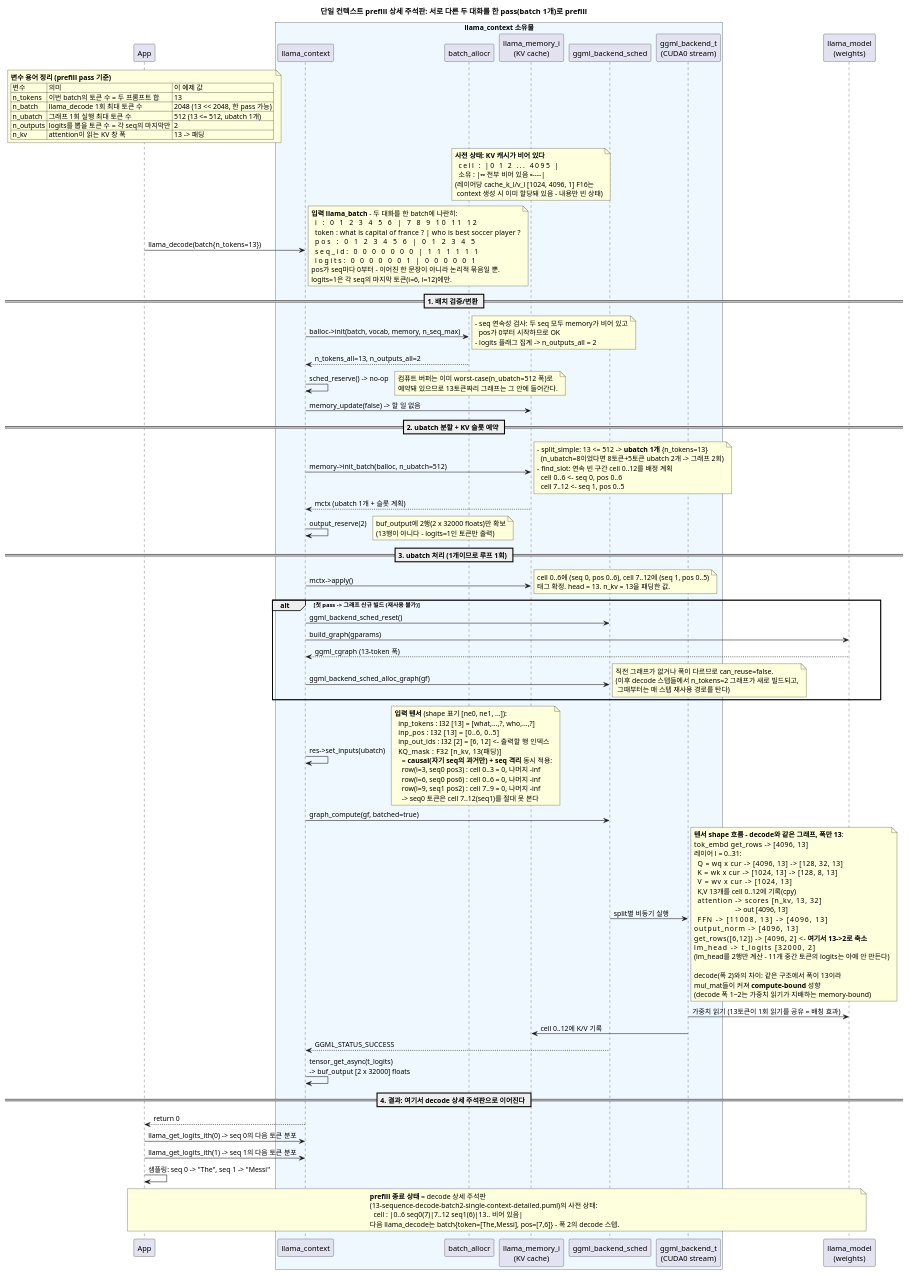
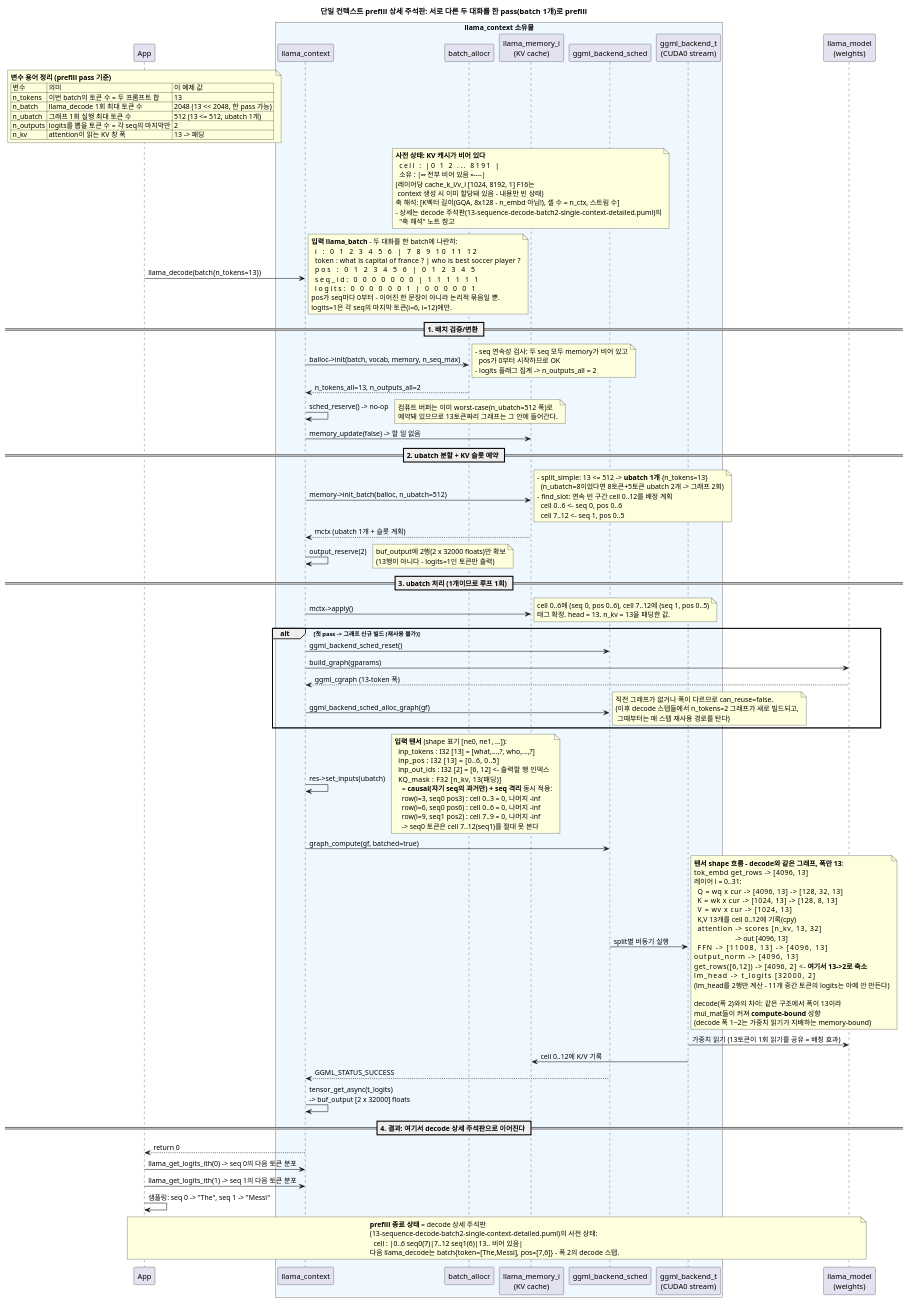
One commit to froginaz/llama.cpp changed the diagram in docs/my_doc/13-sequence-prefill-2seq-single-context-detailed.puml. Above: the diagram before and after it, drawn with PlantUML. The commit also changed 1 other file, not shown here.

Commit message:
[DOC] disambiguate KV cache axes, use n_ctx=8192 in deep-dive diagrams

```diff
--- a/docs/my_doc/13-sequence-prefill-2seq-single-context-detailed.puml
+++ b/docs/my_doc/13-sequence-prefill-2seq-single-context-detailed.puml
@@ -1,157 +1,161 @@
 @startuml
 title 단일 컨텍스트 prefill 상세 주석판: 서로 다른 두 대화를 한 pass(batch 1개)로 prefill
 
 ' ============================================================
 ' 예제 설정 (2장 예제, decode 상세 주석판의 "이전 단계"):
 '   seq 0 = "what is capital of france?" (7토큰, pos 0..6)  <- 아직 KV 없음
 '   seq 1 = "who is best soccer player?" (6토큰, pos 0..5)  <- 아직 KV 없음
 '   이번 pass: 두 프롬프트 13토큰을 llama_decode 1회로 prefill
 '   (llama-parallel/llama-server가 동시 요청 2개를 이렇게 배칭한다)
 ' 가정한 모델/설정 (decode 주석판과 동일):
 '   n_embd=4096, n_layer=32, n_head=32, n_head_kv=8, d_head=128
 '   n_embd_k_gqa = n_embd_v_gqa = 1024, n_vocab=32000
-'   n_ctx=4096, kv_unified=true (n_stream=1), n_seq_max=2
+'   n_ctx=8192, kv_unified=true (n_stream=1), n_seq_max=2
+'   (n_ctx를 8192로 잡아 n_embd(4096)와 값이 겹치지 않게 함)
 '   n_batch=2048, n_ubatch=512, KV 타입 F16
 ' ============================================================
 
 participant App
 box "llama_context 소유물" #F0F8FF
   participant "llama_context" as C
   participant "batch_allocr" as BA
   participant "llama_memory_i\n(KV cache)" as KV
   participant "ggml_backend_sched" as S
   participant "ggml_backend_t\n(CUDA0 stream)" as B
 end box
 participant "llama_model\n(weights)" as M
 
 note over App
   **변수 용어 정리 (prefill pass 기준)**
   | 변수 | 의미 | 이 예제 값 |
   | n_tokens | 이번 batch의 토큰 수 = 두 프롬프트 합 | 13 |
   | n_batch | llama_decode 1회 최대 토큰 수 | 2048 (13 << 2048, 한 pass 가능) |
   | n_ubatch | 그래프 1회 실행 최대 토큰 수 | 512 (13 <= 512, ubatch 1개) |
   | n_outputs | logits를 뽑을 토큰 수 = 각 seq의 마지막만 | 2 |
   | n_kv | attention이 읽는 KV 창 폭 | 13 -> 패딩 |
 end note
 
 note over KV
   **사전 상태: KV 캐시가 비어 있다**
-    cell : |0 1 2 ... 4095                    |
+    cell : |0 1 2 ... 8191                    |
     소유 : |---------- 전부 비어 있음 ---------|
-  (레이어당 cache_k_l/v_l [1024, 4096, 1] F16는
+  (레이어당 cache_k_l/v_l [1024, 8192, 1] F16는
    context 생성 시 이미 할당돼 있음 - 내용만 빈 상태)
+  축 해석: [K벡터 길이(GQA, 8x128 - n_embd 아님!), 셀 수 = n_ctx, 스트림 수]
+  - 상세는 decode 주석판(13-sequence-decode-batch2-single-context-detailed.puml)의
+    "축 해석" 노트 참고
 end note
 
 App -> C : llama_decode(batch{n_tokens=13})
 note right
   **입력 llama_batch** - 두 대화를 한 batch에 나란히:
     i     : 0    1  2       3  4      5   6 | 7   8  9    10     11     12
     token : what is capital of france ?     | who is best soccer player ?
     pos   : 0    1  2       3  4      5   6 | 0   1  2    3      4      5
     seq_id: 0    0  0       0  0      0   0 | 1   1  1    1      1      1
     logits: 0    0  0       0  0      0   1 | 0   0  0    0      0      1
   pos가 seq마다 0부터 - 이어진 한 문장이 아니라 논리적 묶음일 뿐.
   logits=1은 각 seq의 마지막 토큰(i=6, i=12)에만.
 end note
 
 == 1. 배치 검증/변환 ==
 C -> BA : balloc->init(batch, vocab, memory, n_seq_max)
 note right
   - seq 연속성 검사: 두 seq 모두 memory가 비어 있고
     pos가 0부터 시작하므로 OK
   - logits 플래그 집계 -> n_outputs_all = 2
 end note
 BA --> C : n_tokens_all=13, n_outputs_all=2
 C -> C : sched_reserve() -> no-op
 note right
   컴퓨트 버퍼는 이미 worst-case(n_ubatch=512 폭)로
   예약돼 있으므로 13토큰짜리 그래프는 그 안에 들어간다.
 end note
 C -> KV : memory_update(false) -> 할 일 없음
 
 == 2. ubatch 분할 + KV 슬롯 예약 ==
 C -> KV : memory->init_batch(balloc, n_ubatch=512)
 note right
   - split_simple: 13 <= 512 -> **ubatch 1개** {n_tokens=13}
     (n_ubatch=8이었다면 8토큰+5토큰 ubatch 2개 -> 그래프 2회)
   - find_slot: 연속 빈 구간 cell 0..12를 배정 계획
     cell 0..6  <- seq 0, pos 0..6
     cell 7..12 <- seq 1, pos 0..5
 end note
 KV --> C : mctx (ubatch 1개 + 슬롯 계획)
 C -> C : output_reserve(2)
 note right : buf_output에 2행(2 x 32000 floats)만 확보\n(13행이 아니다 - logits=1인 토큰만 출력)
 
 == 3. ubatch 처리 (1개이므로 루프 1회) ==
 C -> KV : mctx->apply()
 note right
   cell 0..6에 (seq 0, pos 0..6), cell 7..12에 (seq 1, pos 0..5)
   태그 확정. head = 13. n_kv = 13을 패딩한 값.
 end note
 
 alt 첫 pass -> 그래프 신규 빌드 (재사용 불가)
   C -> S : ggml_backend_sched_reset()
   C -> M : build_graph(gparams)
   M --> C : ggml_cgraph (13-token 폭)
   C -> S : ggml_backend_sched_alloc_graph(gf)
   note right
     직전 그래프가 없거나 폭이 다르므로 can_reuse=false.
     (이후 decode 스텝들에서 n_tokens=2 그래프가 새로 빌드되고,
      그때부터는 매 스텝 재사용 경로를 탄다)
   end note
 end
 
 C -> C : res->set_inputs(ubatch)
 note right
   **입력 텐서** (shape 표기 [ne0, ne1, ...]):
     inp_tokens  : I32 [13] = [what,...,?, who,...,?]
     inp_pos     : I32 [13] = [0..6, 0..5]
     inp_out_ids : I32 [2]  = [6, 12]  <- 출력할 행 인덱스
     KQ_mask     : F32 [n_kv, 13(패딩)]
       = **causal(자기 seq의 과거만) + seq 격리** 동시 적용:
       row(i=3, seq0 pos3) : cell 0..3 = 0, 나머지 -inf
       row(i=6, seq0 pos6) : cell 0..6 = 0, 나머지 -inf
       row(i=9, seq1 pos2) : cell 7..9 = 0, 나머지 -inf
       -> seq0 토큰은 cell 7..12(seq1)를 절대 못 본다
 end note
 
 C -> S : graph_compute(gf, batched=true)
 S -> B : split별 비동기 실행
 note right
   **텐서 shape 흐름 - decode와 같은 그래프, 폭만 13**:
   tok_embd get_rows      -> [4096, 13]
   레이어 l = 0..31:
     Q = wq x cur         -> [4096, 13] -> [128, 32, 13]
     K = wk x cur         -> [1024, 13] -> [128, 8, 13]
     V = wv x cur         -> [1024, 13]
     K,V 13개를 cell 0..12에 기록(cpy)
     attention            -> scores [n_kv, 13, 32]
                          -> out [4096, 13]
     FFN                  -> [11008, 13] -> [4096, 13]
   output_norm            -> [4096, 13]
   get_rows([6,12])       -> [4096, 2]   <- **여기서 13->2로 축소**
   lm_head                -> t_logits [32000, 2]
   (lm_head를 2행만 계산 - 11개 중간 토큰의 logits는 아예 안 만든다)
 
   decode(폭 2)와의 차이: 같은 구조에서 폭이 13이라
   mul_mat들이 커져 **compute-bound** 성향
   (decode 폭 1~2는 가중치 읽기가 지배하는 memory-bound)
 end note
 B -> M : 가중치 읽기 (13토큰이 1회 읽기를 공유 = 배칭 효과)
 B -> KV : cell 0..12에 K/V 기록
 S --> C : GGML_STATUS_SUCCESS
 C -> C : tensor_get_async(t_logits)\n-> buf_output [2 x 32000] floats
 
 == 4. 결과: 여기서 decode 상세 주석판으로 이어진다 ==
 C --> App : return 0
 App -> C : llama_get_logits_ith(0) -> seq 0의 다음 토큰 분포
 App -> C : llama_get_logits_ith(1) -> seq 1의 다음 토큰 분포
 App -> App : 샘플링: seq 0 -> "The", seq 1 -> "Messi"
 
 note over App, M
   **prefill 종료 상태** = decode 상세 주석판
   (13-sequence-decode-batch2-single-context-detailed.puml)의 사전 상태:
     cell : |0..6 seq0(7)|7..12 seq1(6)|13.. 비어 있음|
   다음 llama_decode는 batch{token=[The,Messi], pos=[7,6]} - 폭 2의 decode 스텝.
 end note
 @enduml
```
